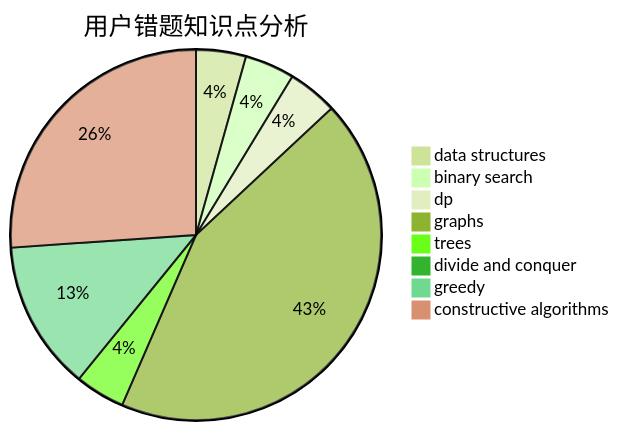
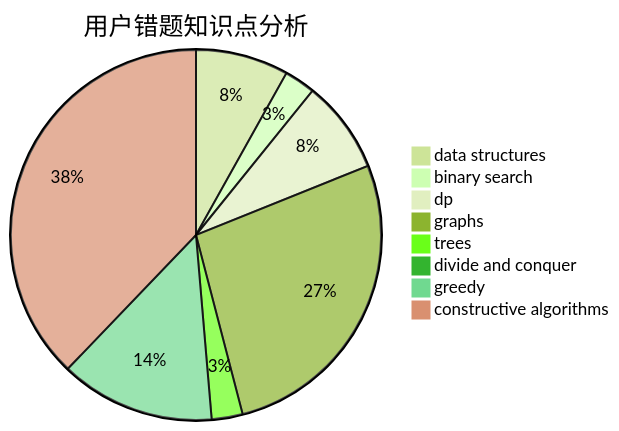
The third of 3 diagrams in docs/user/u1209.md (sherpahu/cfrs.github.io), drawn with Mermaid (forest theme) before and after one commit. The commit also changed other lines of this file and 2770 other files, not shown here.

````diff
--- a/docs/user/u1209.md
+++ b/docs/user/u1209.md
@@ -36,11 +36,11 @@
 ```mermaid
 pie title 用户错题知识点分析
-    "data structures" :  1
+    "data structures" :  3
     "binary search" :  1
-    "dp" :  1
+    "dp" :  3
     "graphs" :  10
     "trees" :  1
     "divide and conquer" :  0
-    "greedy" :  3
-    "constructive algorithms" :  6
+    "greedy" :  5
+    "constructive algorithms" :  14
 ```
````
